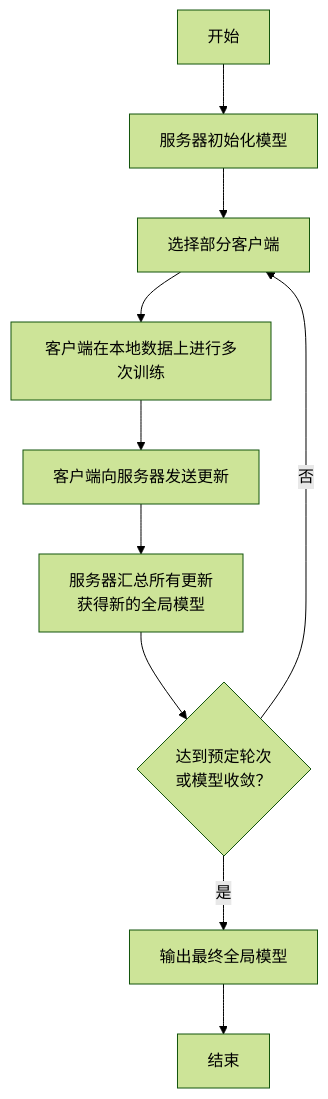
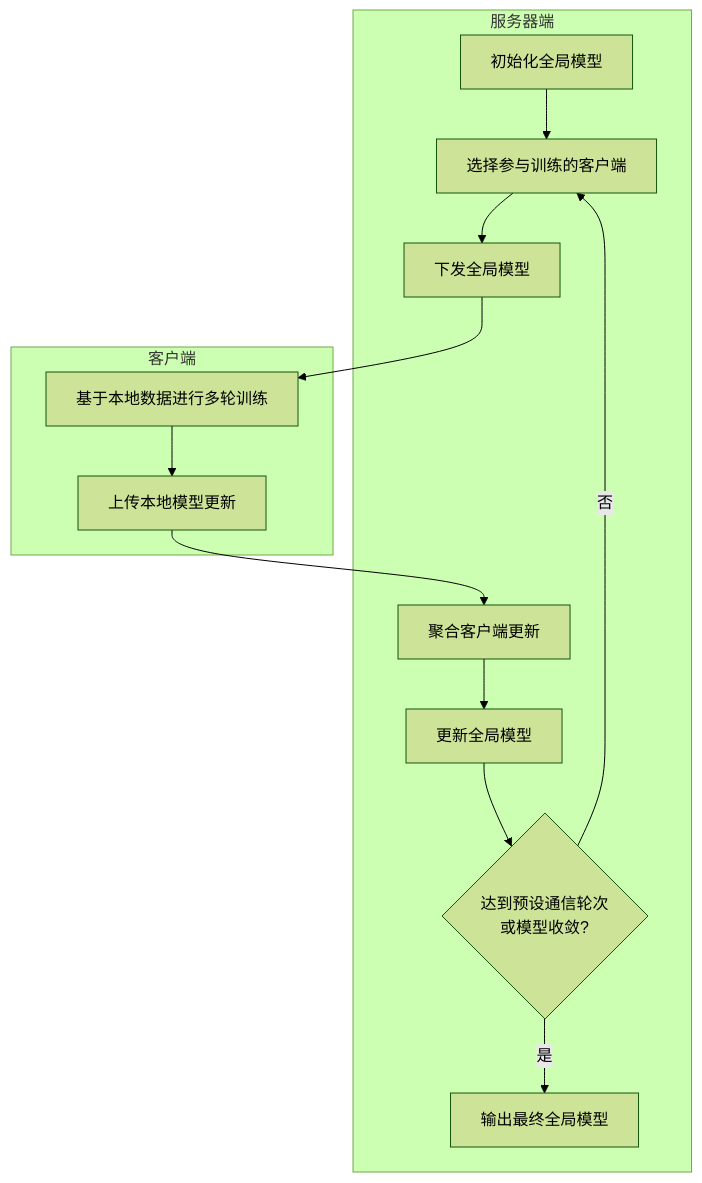
One commit to yshu893-spec/iodraw-files changed the diagram in all/未命名.md. Above: the diagram before and after it, drawn with Mermaid (forest theme).

Commit message:
2026-04-28 16:25:28 update

````diff
--- a/all/未命名.md
+++ b/all/未命名.md
@@ -1,13 +1,27 @@
 ```mermaid
 flowchart TD
-    A[开始] --> B[服务器初始化模型]
-    B --> C[选择部分客户端]
-    C --> D[客户端在本地数据上进行多次训练]
-    D --> E[客户端向服务器发送更新]
-    E --> F[服务器汇总所有更新\n获得新的全局模型]
-    F --> G{达到预定轮次\n或模型收敛？}
-    G -- 否 --> C
-    G -- 是 --> H[输出最终全局模型]
-    H --> I[结束]
-  
+    subgraph S[服务器端]
+        A[初始化全局模型]
+        B[选择参与训练的客户端]
+        C[下发全局模型]
+        F[聚合客户端更新]
+        G[更新全局模型]
+        H{达到预设通信轮次<br/>或模型收敛?}
+        I[输出最终全局模型]
+    end
+
+    subgraph U[客户端]
+        D[基于本地数据进行多轮训练]
+        E[上传本地模型更新]
+    end
+
+    A --> B
+    B --> C
+    C --> D
+    D --> E
+    E --> F
+    F --> G
+    G --> H
+    H -- 否 --> B
+    H -- 是 --> I
 ```
````
